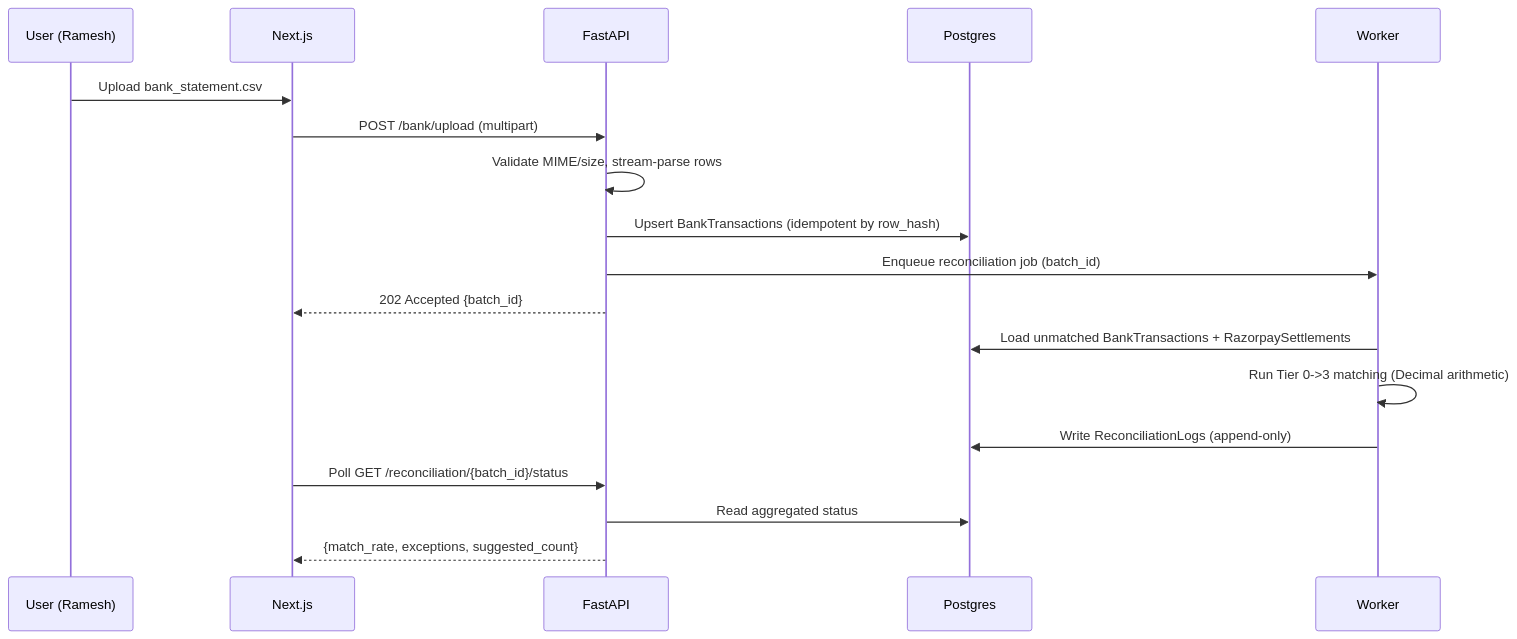
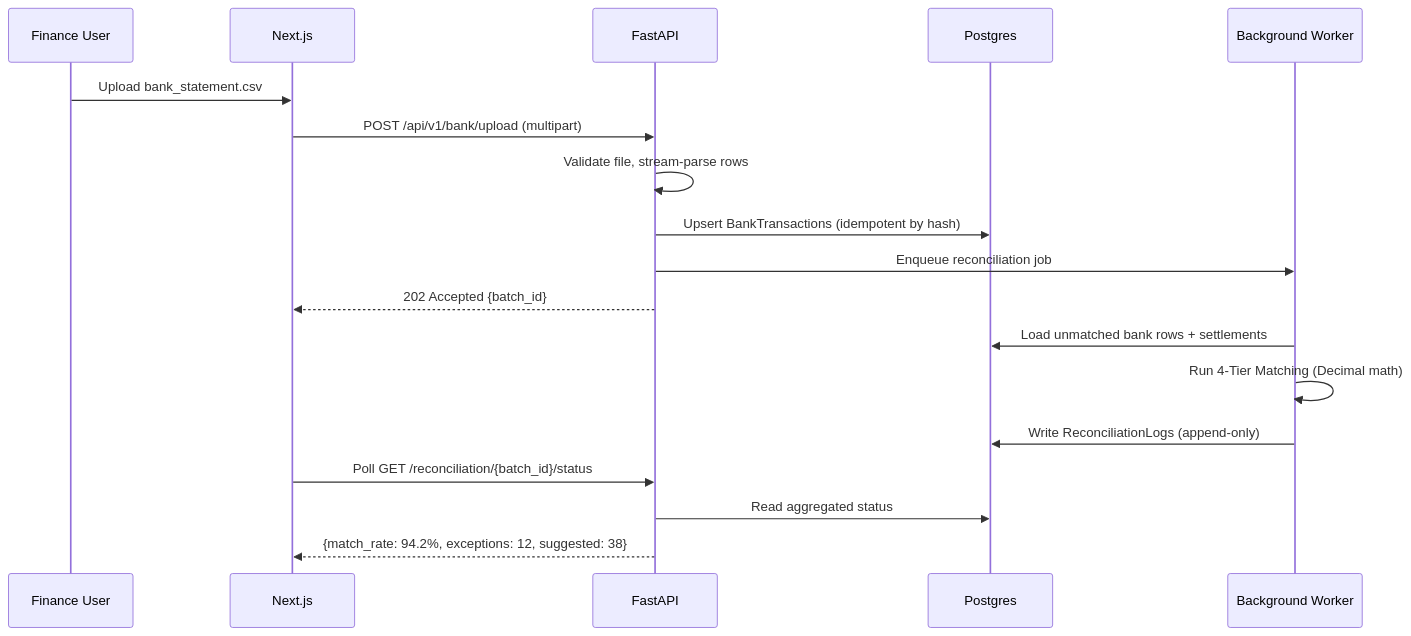
Before and after one commit to AkshayHaldar/ReconGrid-AI: the second of 4 diagrams in SYSTEM-DESIGN.md, drawn with Mermaid. The commit also changed other lines of this file and 7 other files, not shown here.

````diff
--- a/SYSTEM-DESIGN.md
+++ b/SYSTEM-DESIGN.md
@@ -45,21 +61,21 @@
 ```mermaid
 sequenceDiagram
-    participant U as User (Ramesh)
+    participant User as Finance User
     participant FE as Next.js
     participant API as FastAPI
     participant DB as Postgres
-    participant W as Worker
+    participant Worker as Background Worker
 
-    U->>FE: Upload bank_statement.csv
-    FE->>API: POST /bank/upload (multipart)
-    API->>API: Validate MIME/size, stream-parse rows
-    API->>DB: Upsert BankTransactions (idempotent by row_hash)
-    API->>W: Enqueue reconciliation job (batch_id)
+    User->>FE: Upload bank_statement.csv
+    FE->>API: POST /api/v1/bank/upload (multipart)
+    API->>API: Validate file, stream-parse rows
+    API->>DB: Upsert BankTransactions (idempotent by hash)
+    API->>Worker: Enqueue reconciliation job
     API-->>FE: 202 Accepted {batch_id}
-    W->>DB: Load unmatched BankTransactions + RazorpaySettlements
-    W->>W: Run Tier 0->3 matching (Decimal arithmetic)
-    W->>DB: Write ReconciliationLogs (append-only)
+    Worker->>DB: Load unmatched bank rows + settlements
+    Worker->>Worker: Run 4-Tier Matching (Decimal math)
+    Worker->>DB: Write ReconciliationLogs (append-only)
     FE->>API: Poll GET /reconciliation/{batch_id}/status
     API->>DB: Read aggregated status
-    API-->>FE: {match_rate, exceptions, suggested_count}
+    API-->>FE: {match_rate: 94.2%, exceptions: 12, suggested: 38}
 ```
````
